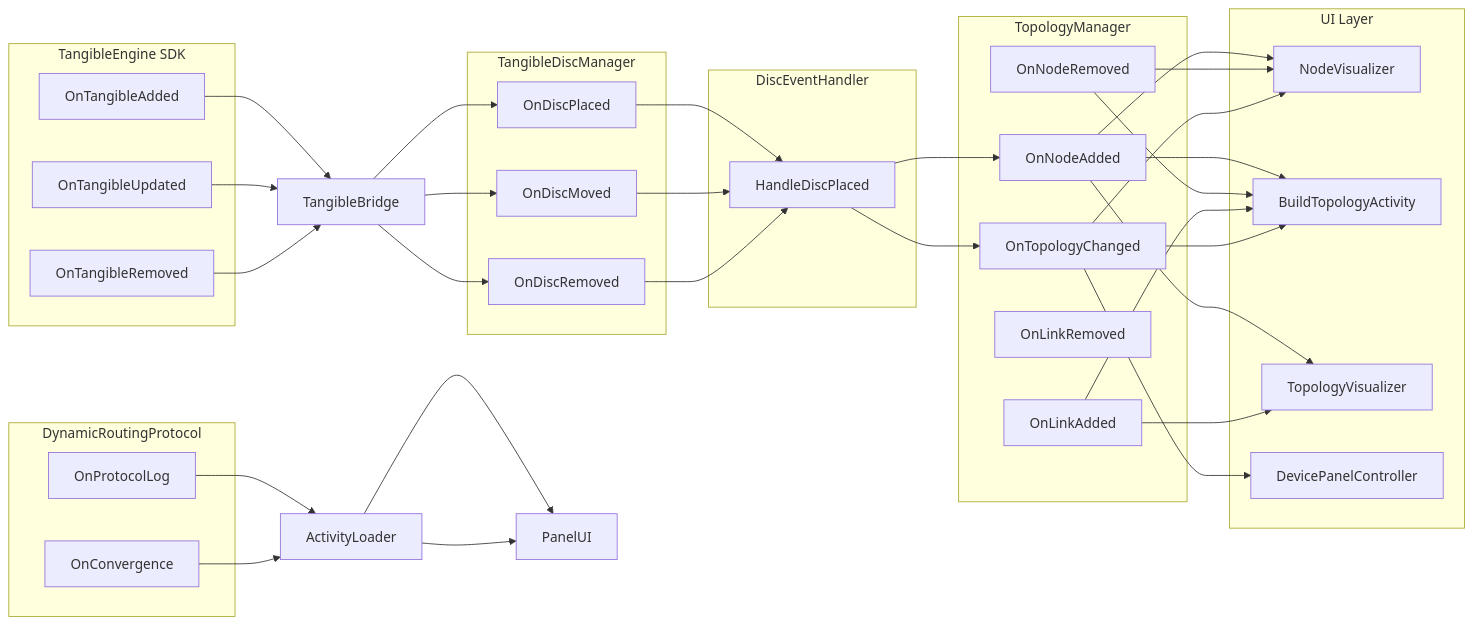
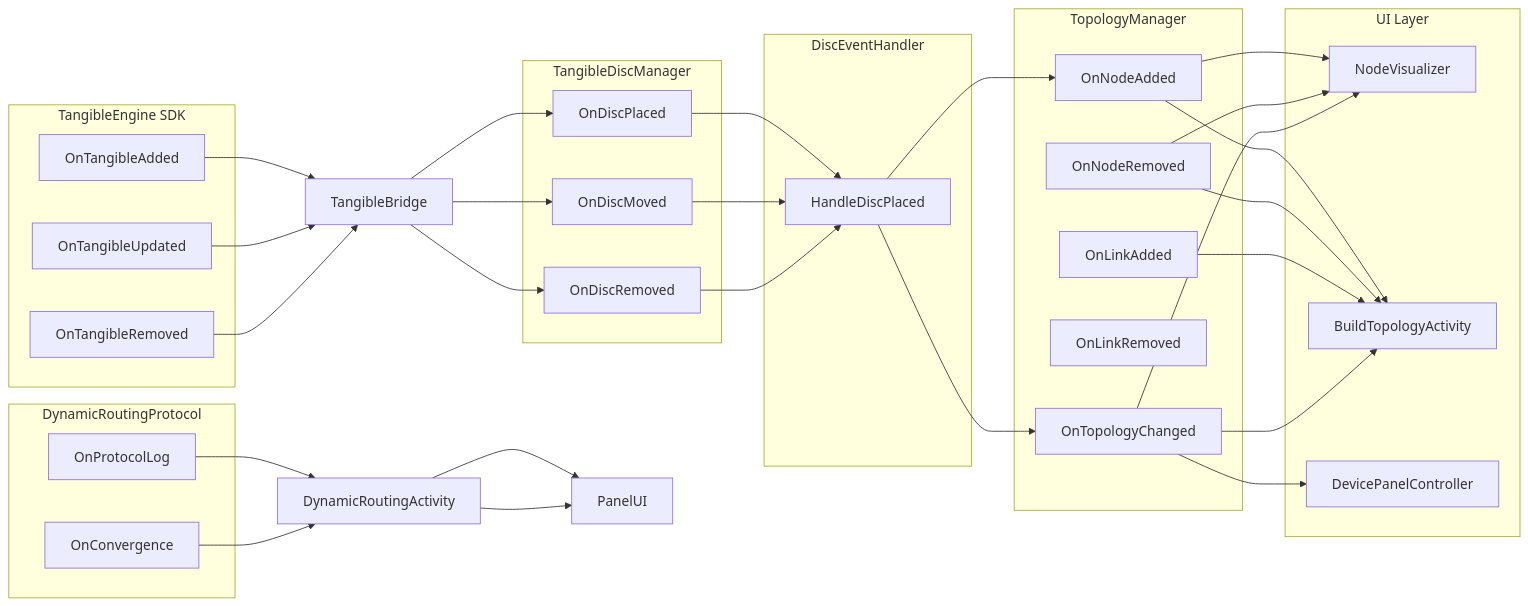
Before and after one commit to Josmarinr/ProyectoGI_SimuladorRedesIDEUM: the diagram in docs/api/09-events.md, drawn with Mermaid. The commit also changed other lines of this file and 28 other files, not shown here.

````diff
--- a/docs/api/09-events.md
+++ b/docs/api/09-events.md
@@ -44,66 +44,63 @@
 ```mermaid
 graph LR
     subgraph "TangibleEngine SDK"
         TE_ADD[OnTangibleAdded]
         TE_UPD[OnTangibleUpdated]
         TE_REM[OnTangibleRemoved]
     end
 
     subgraph "TangibleDiscManager"
         DM_PLACE[OnDiscPlaced]
         DM_MOVE[OnDiscMoved]
         DM_REM[OnDiscRemoved]
     end
 
     subgraph "DiscEventHandler"
         DH_HANDLE[HandleDiscPlaced]
     end
 
     subgraph "TopologyManager"
         TM_ADD[OnNodeAdded]
         TM_REM[OnNodeRemoved]
         TM_LADD[OnLinkAdded]
         TM_LREM[OnLinkRemoved]
         TM_CHG[OnTopologyChanged]
     end
 
     subgraph "UI Layer"
         NV[NodeVisualizer]
         BT[BuildTopologyActivity]
-        TV[TopologyVisualizer]
         DP[DevicePanelController]
     end
 
     subgraph "DynamicRoutingProtocol"
         DRP_LOG[OnProtocolLog]
         DRP_CONV[OnConvergence]
     end
 
     TE_ADD --> TangibleBridge --> DM_PLACE
     TE_UPD --> TangibleBridge --> DM_MOVE
     TE_REM --> TangibleBridge --> DM_REM
 
     DM_PLACE --> DH_HANDLE
     DM_MOVE --> DH_HANDLE
     DM_REM --> DH_HANDLE
 
     DH_HANDLE --> TM_ADD
     DH_HANDLE --> TM_CHG
 
     TM_ADD --> NV
     TM_ADD --> BT
-    TM_ADD --> TV
 
     TM_REM --> NV
     TM_REM --> BT
 
     TM_LADD --> BT
-    TM_LADD --> TV
 
     TM_CHG --> DP
     TM_CHG --> NV
     TM_CHG --> BT
 
-    DRP_LOG --> ActivityLoader --> PanelUI
-    DRP_CONV --> ActivityLoader --> PanelUI
+    DRP_LOG --> DynamicRoutingActivity --> PanelUI
+    DRP_CONV --> DynamicRoutingActivity --> PanelUI
 ```
````
